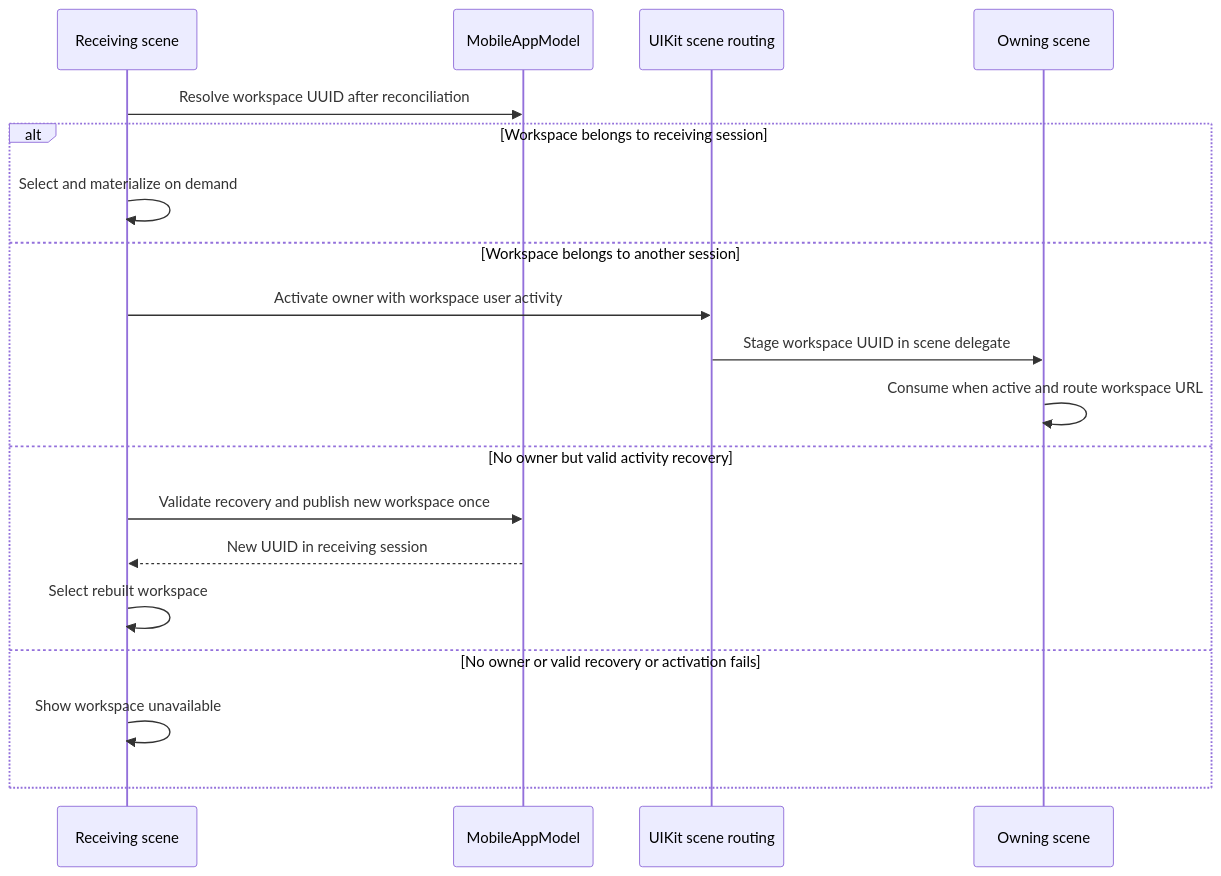
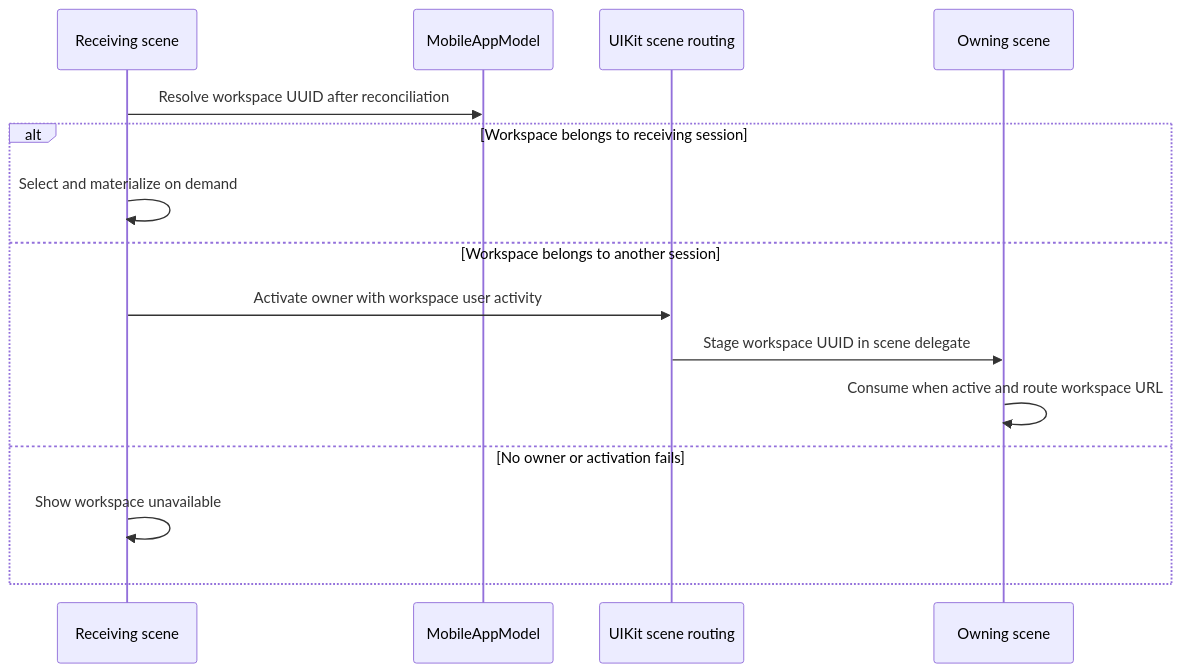
The sixth of 7 diagrams in openwiki/architecture/platform-runtime.md (AkinoKaede/Termind), drawn with Mermaid before and after one commit. The commit also changed other lines of this file and 61 other files, not shown here.

````diff
--- a/openwiki/architecture/platform-runtime.md
+++ b/openwiki/architecture/platform-runtime.md
@@ -397,21 +407,17 @@
 ```mermaid
 sequenceDiagram
     participant Receiver as Receiving scene
     participant App as MobileAppModel
     participant Native as UIKit scene routing
     participant Owner as Owning scene
     Receiver->>App: Resolve workspace UUID after reconciliation
     alt Workspace belongs to receiving session
         Receiver->>Receiver: Select and materialize on demand
     else Workspace belongs to another session
         Receiver->>Native: Activate owner with workspace user activity
         Native->>Owner: Stage workspace UUID in scene delegate
         Owner->>Owner: Consume when active and route workspace URL
-    else No owner but valid activity recovery
-        Receiver->>App: Validate recovery and publish new workspace once
-        App-->>Receiver: New UUID in receiving session
-        Receiver->>Receiver: Select rebuilt workspace
-    else No owner or valid recovery or activation fails
+    else No owner or activation fails
         Receiver->>Receiver: Show workspace unavailable
     end
 ```
````
